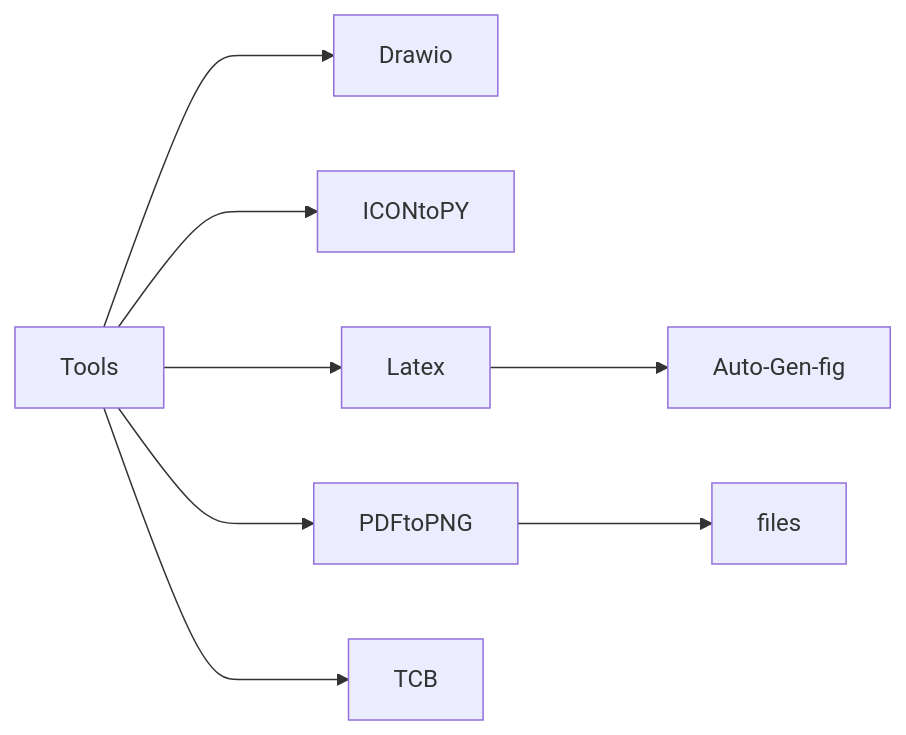
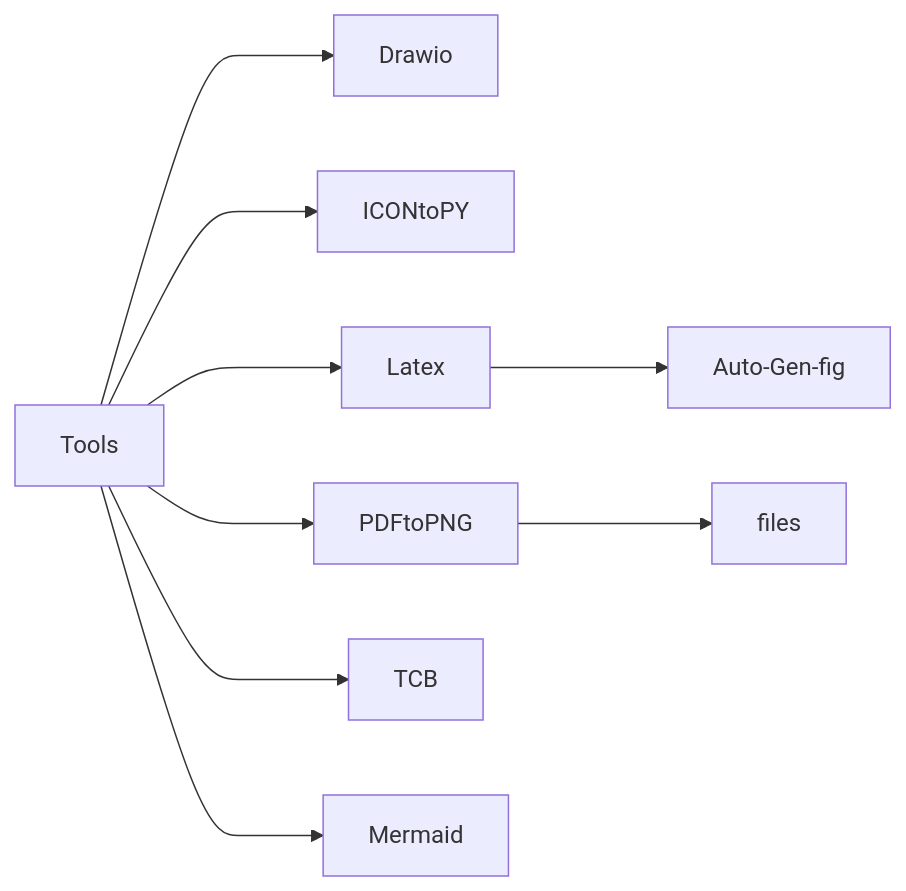
Before and after one commit to Wilhelmine21/Wilhelmine21: the diagram in Tools/Readme.md, drawn with Mermaid.

````diff
--- a/Tools/Readme.md
+++ b/Tools/Readme.md
@@ -5,11 +5,12 @@
 ```mermaid
 graph LR;
 Tools ---> Drawio
 Tools ---> ICONtoPY
 Tools ---> Latex
 Tools ---> PDFtoPNG
 Tools ---> TCB
+Tools ---> Mermaid
 
 PDFtoPNG ---> files
 Latex ---> Auto-Gen-fig
 ```
````
